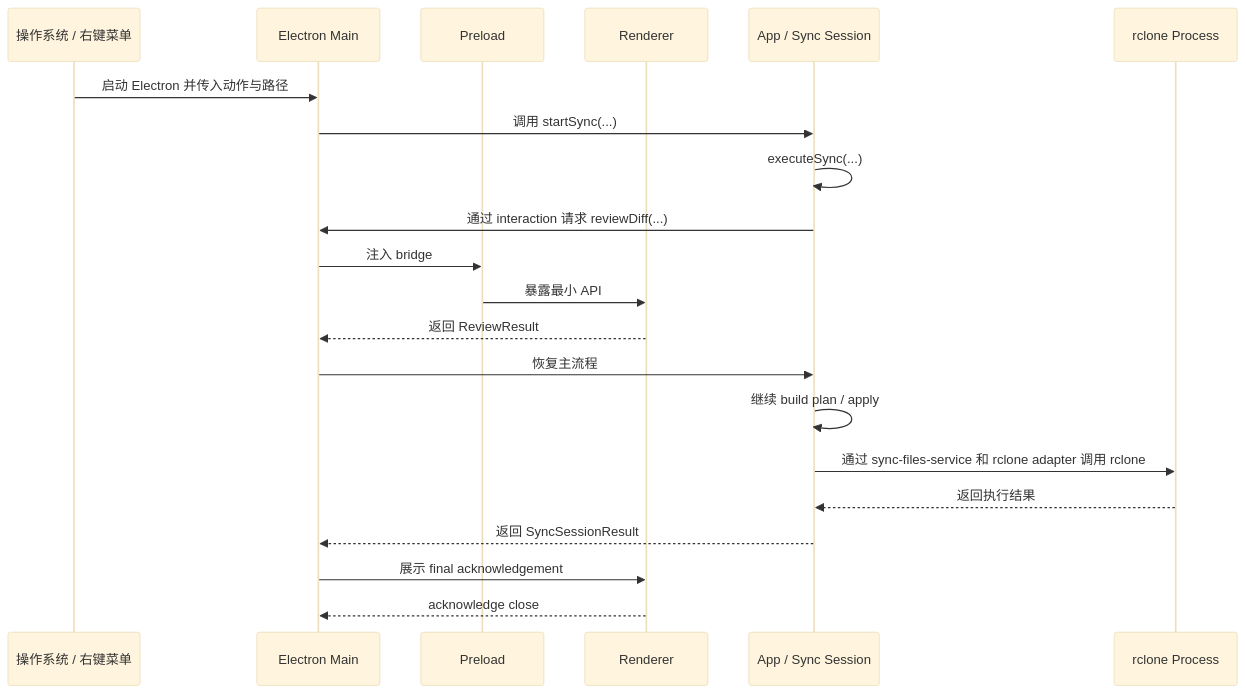
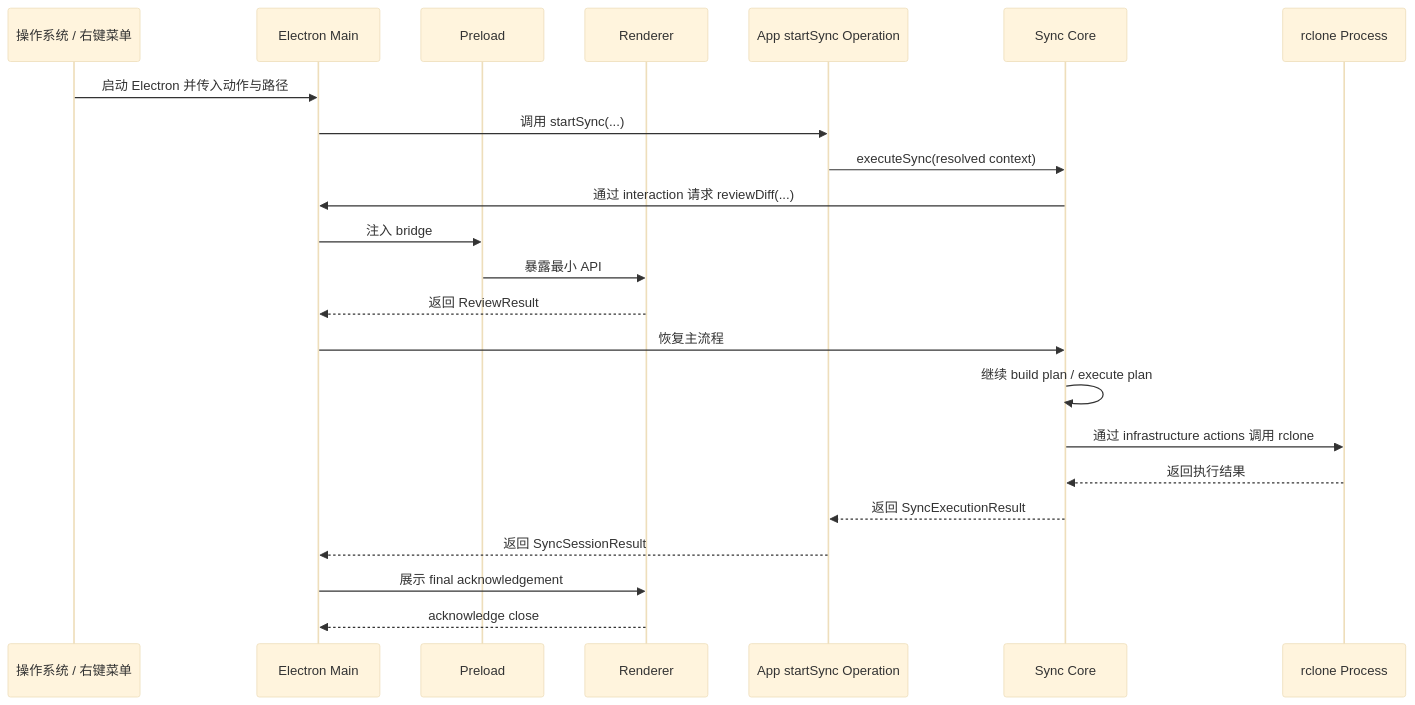
The second of 4 diagrams in docs/Architecture.md (agalloch21/sync-with-rclone), drawn with Mermaid (base theme) before and after one commit. The commit also changed other lines of this file and 55 other files, not shown here.

````diff
--- a/docs/Architecture.md
+++ b/docs/Architecture.md
@@ -104,24 +108,26 @@
 ```mermaid
 sequenceDiagram
   participant OS as 操作系统 / 右键菜单
   participant EM as Electron Main
   participant PL as Preload
   participant RD as Renderer
-  participant APP as App / Sync Session
+  participant APP as App startSync Operation
+  participant CORE as Sync Core
   participant RC as rclone Process
 
   OS->>EM: 启动 Electron 并传入动作与路径
   EM->>APP: 调用 startSync(...)
-  APP->>APP: executeSync(...)
-  APP->>EM: 通过 interaction 请求 reviewDiff(...)
+  APP->>CORE: executeSync(resolved context)
+  CORE->>EM: 通过 interaction 请求 reviewDiff(...)
   EM->>PL: 注入 bridge
   PL->>RD: 暴露最小 API
   RD-->>EM: 返回 ReviewResult
-  EM->>APP: 恢复主流程
-  APP->>APP: 继续 build plan / apply
-  APP->>RC: 通过 sync-files-service 和 rclone adapter 调用 rclone
-  RC-->>APP: 返回执行结果
+  EM->>CORE: 恢复主流程
+  CORE->>CORE: 继续 build plan / execute plan
+  CORE->>RC: 通过 infrastructure actions 调用 rclone
+  RC-->>CORE: 返回执行结果
+  CORE-->>APP: 返回 SyncExecutionResult
   APP-->>EM: 返回 SyncSessionResult
   EM->>RD: 展示 final acknowledgement
   RD-->>EM: acknowledge close
 ```
````
